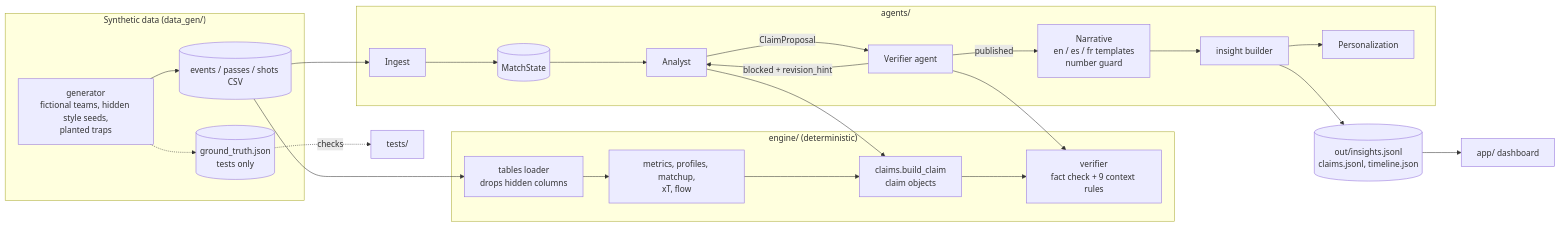
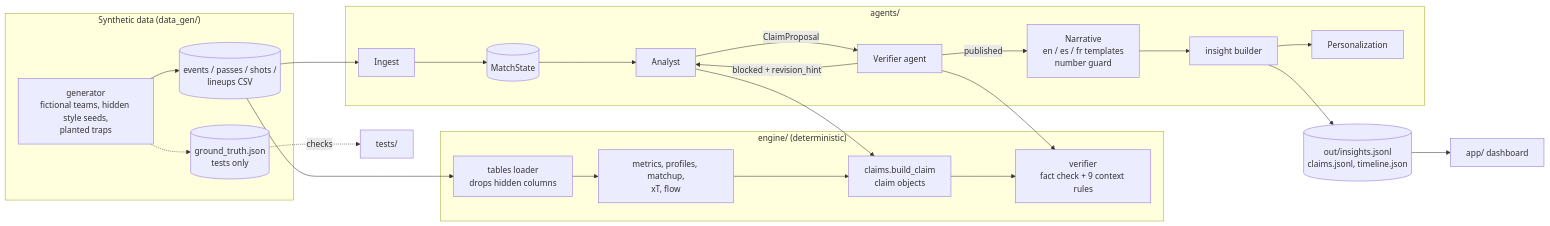
Before and after one commit to Malottey1/optix: the diagram in docs/ARCHITECTURE.md, drawn with Mermaid. The commit also changed other lines of this file and 23 other files, not shown here.

````diff
--- a/docs/ARCHITECTURE.md
+++ b/docs/ARCHITECTURE.md
@@ -3,28 +3,28 @@
 ```mermaid
 flowchart LR
   subgraph data["Synthetic data (data_gen/)"]
-    G[generator<br/>fictional teams, hidden style seeds,<br/>planted traps] --> CSV[(events / passes / shots CSV)]
+    G[generator<br/>fictional teams, hidden style seeds,<br/>planted traps] --> CSV[(events / passes / shots /<br/>lineups CSV)]
     G -.-> GT[(ground_truth.json<br/>tests only)]
   end
   subgraph engine["engine/ (deterministic)"]
     T[tables loader<br/>drops hidden columns] --> M[metrics, profiles, matchup,<br/>xT, flow]
     M --> CL[claims.build_claim<br/>claim objects]
     CL --> V[verifier<br/>fact check + 9 context rules]
   end
   subgraph agents["agents/"]
     I[Ingest] --> S[(MatchState)]
     S --> A[Analyst]
     A -- ClaimProposal --> VA[Verifier agent]
     VA -- blocked + revision_hint --> A
     VA -- published --> N[Narrative<br/>en / es / fr templates<br/>number guard]
     N --> IB[insight builder]
     IB --> P[Personalization]
   end
   CSV --> T
   CSV --> I
   A --> CL
   VA --> V
   IB --> OUT[(out/insights.jsonl<br/>claims.jsonl, timeline.json)]
   OUT --> UI[app/ dashboard]
   GT -. checks .-> TESTS[tests/]
 ```
````
